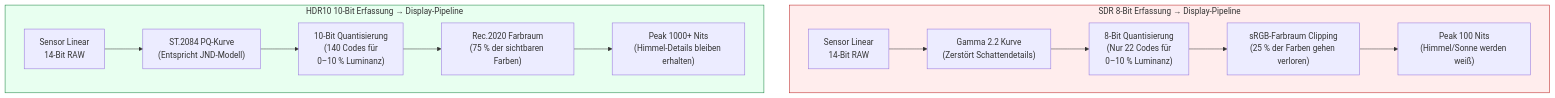
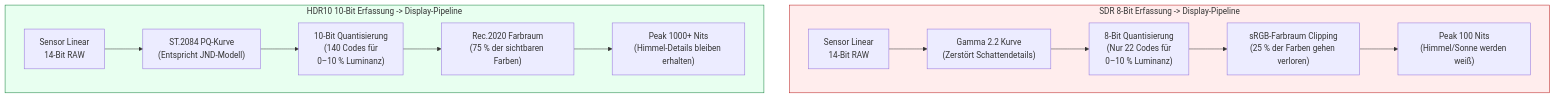
The first of 2 diagrams in website/i18n/de/docusaurus-plugin-content-docs/current/camera2/hdr-and-ultra-hdr.md (zoozooll/AndroidCameraParameters), drawn with Mermaid before and after one commit. The commit also changed other lines of this file and 77 other files, not shown here.

First line of the commit message:
docs: standardize Mermaid syntax and polish 3A pipeline translations

````diff
--- a/website/i18n/de/docusaurus-plugin-content-docs/current/camera2/hdr-and-ultra-hdr.md
+++ b/website/i18n/de/docusaurus-plugin-content-docs/current/camera2/hdr-and-ultra-hdr.md
@@ -33,19 +33,19 @@
 ```mermaid
 flowchart TD
-    subgraph SDRpath["SDR 8-Bit Erfassung → Display-Pipeline"]
+    subgraph SDRpath["SDR 8-Bit Erfassung -> Display-Pipeline"]
         S1["Sensor Linear<br/>14-Bit RAW"] --> S2["Gamma 2.2 Kurve<br/>(Zerstört Schattendetails)"]
         S2 --> S3["8-Bit Quantisierung<br/>(Nur 22 Codes für<br/>0–10 % Luminanz)"]
         S3 --> S4["sRGB-Farbraum Clipping<br/>(25 % der Farben gehen verloren)"]
         S4 --> S5["Peak 100 Nits<br/>(Himmel/Sonne werden weiß)"]
     end
 
-    subgraph HDRpath["HDR10 10-Bit Erfassung → Display-Pipeline"]
+    subgraph HDRpath["HDR10 10-Bit Erfassung -> Display-Pipeline"]
         H1["Sensor Linear<br/>14-Bit RAW"] --> H2["ST.2084 PQ-Kurve<br/>(Entspricht JND-Modell)"]
         H2 --> H3["10-Bit Quantisierung<br/>(140 Codes für<br/>0–10 % Luminanz)"]
         H3 --> H4["Rec.2020 Farbraum<br/>(75 % der sichtbaren Farben)"]
         H4 --> H5["Peak 1000+ Nits<br/>(Himmel-Details bleiben erhalten)"]
     end
 
     style SDRpath fill:#ffeded,stroke:#b91c1c
     style HDRpath fill:#e8fff0,stroke:#15803d
 ```
````
